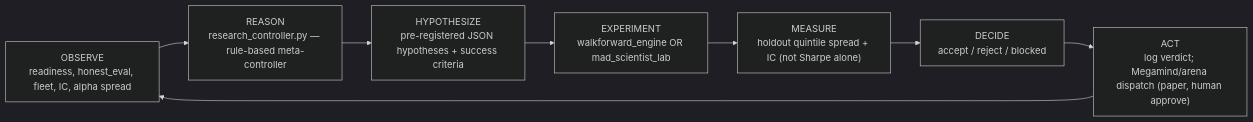
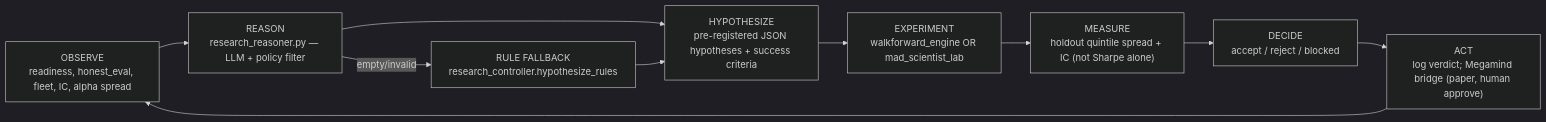
The diagram in docs/AUTONOMOUS_RESEARCH_MACHINE.md (Gandalf-the-shiz/Nostradamus), drawn with Mermaid (dark theme) before and after one commit. The commit also changed other lines of this file and 4 other files, not shown here.

First line of the commit message:
Add LLM meta-controller reasoning to research loop.

````diff
--- a/docs/AUTONOMOUS_RESEARCH_MACHINE.md
+++ b/docs/AUTONOMOUS_RESEARCH_MACHINE.md
@@ -17,11 +17,16 @@
 ```mermaid
 flowchart LR
   OBS["OBSERVE<br/>readiness, honest_eval, fleet, IC, alpha spread"]
-  REASON["REASON<br/>research_controller.py — rule-based meta-controller"]
+  REASON["REASON<br/>research_reasoner.py — LLM + policy filter"]
+  RULES["RULE FALLBACK<br/>research_controller.hypothesize_rules"]
   HYP["HYPOTHESIZE<br/>pre-registered JSON hypotheses + success criteria"]
   EXP["EXPERIMENT<br/>walkforward_engine OR mad_scientist_lab"]
   MEASURE["MEASURE<br/>holdout quintile spread + IC (not Sharpe alone)"]
   DECIDE["DECIDE<br/>accept / reject / blocked"]
-  ACT["ACT<br/>log verdict; Megamind/arena dispatch (paper, human approve)"]
-  OBS --> REASON --> HYP --> EXP --> MEASURE --> DECIDE --> ACT --> OBS
+  ACT["ACT<br/>log verdict; Megamind bridge (paper, human approve)"]
+  OBS --> REASON
+  REASON -->|empty/invalid| RULES
+  REASON --> HYP
+  RULES --> HYP
+  HYP --> EXP --> MEASURE --> DECIDE --> ACT --> OBS
 ```
````
